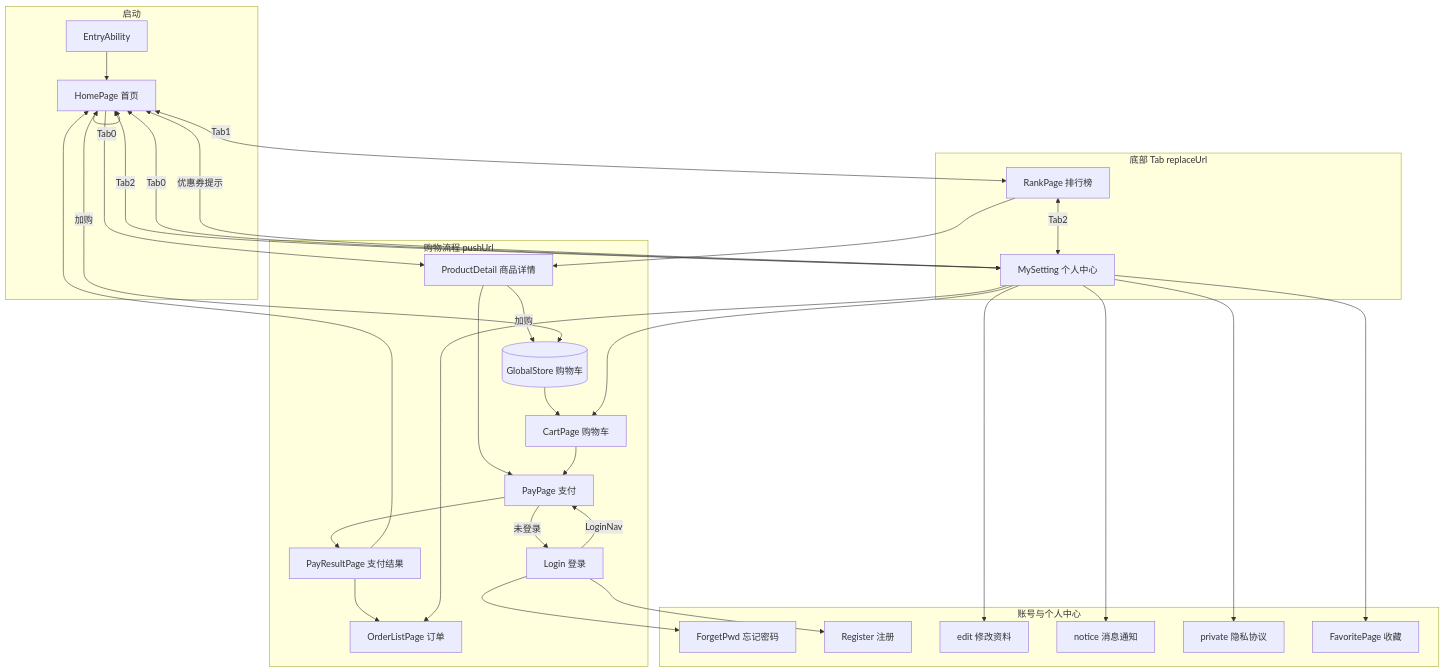
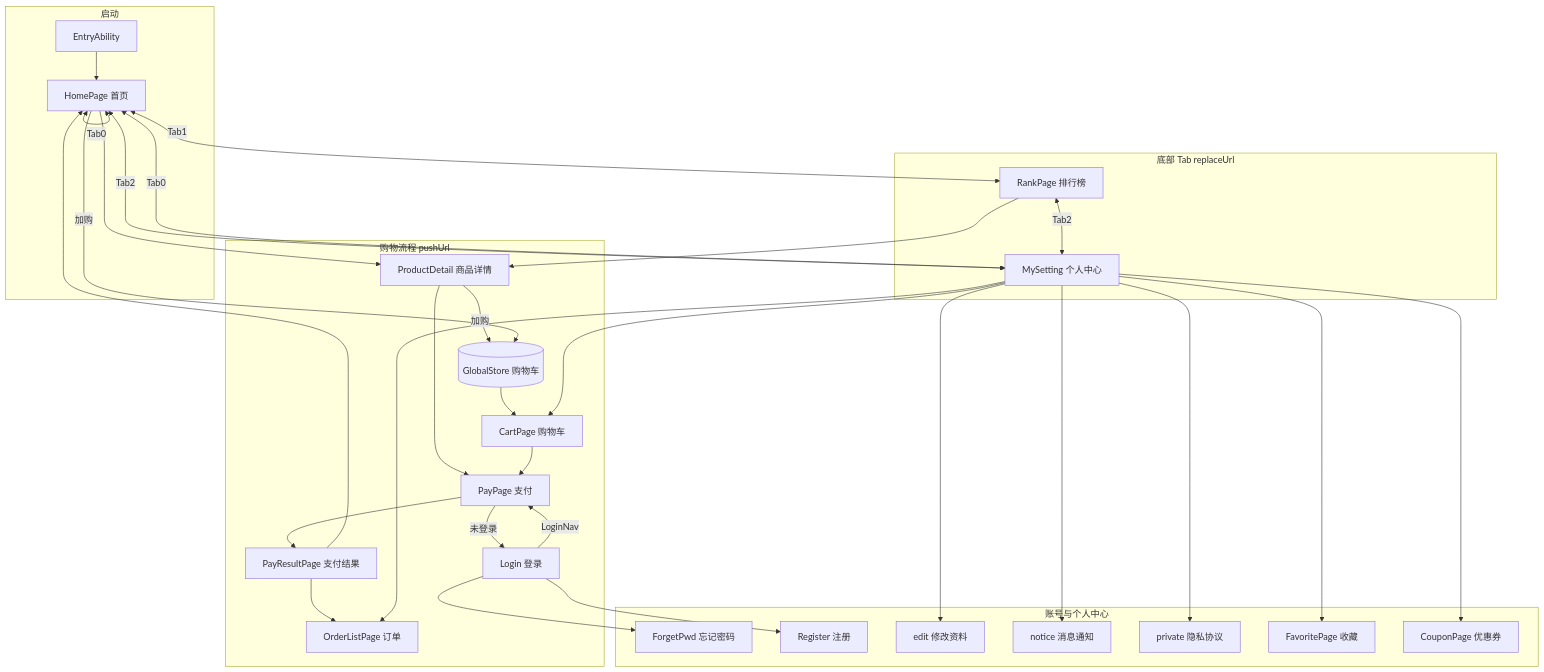
One commit to BuSu-twl/arkts-app changed the first of 9 diagrams in docs/PROJECT.md. Above: the diagram before and after it, drawn with Mermaid. The commit also changed other lines of this file and 1 other file, not shown here.

````diff
--- a/docs/PROJECT.md
+++ b/docs/PROJECT.md
@@ -31,41 +31,41 @@
 ```mermaid
 flowchart TB
   subgraph entry [启动]
     A[EntryAbility] --> H[HomePage 首页]
   end
 
   subgraph tabs [底部 Tab replaceUrl]
     H <-->|Tab0| H
     H <-->|Tab1| R[RankPage 排行榜]
     H <-->|Tab2| M[MySetting 个人中心]
     R <-->|Tab2| M
     M <-->|Tab0| H
   end
 
   subgraph shop [购物流程 pushUrl]
     H --> D[ProductDetail 商品详情]
     R --> D
     D --> P[PayPage 支付]
     D -->|加购| GS[(GlobalStore 购物车)]
     H -->|加购| GS
     GS --> C[CartPage 购物车]
     C --> P
     P -->|未登录| L[Login 登录]
     L -->|LoginNav| P
     P --> PR[PayResultPage 支付结果]
     PR --> O[OrderListPage 订单]
     PR --> H
   end
 
   subgraph user [账号与个人中心]
     L --> FP[ForgetPwd 忘记密码]
     L --> RG[Register 注册]
     M --> E[edit 修改资料]
     M --> N[notice 消息通知]
     M --> PV[private 隐私协议]
     M --> O
     M --> C
     M --> F[FavoritePage 收藏]
-    M -->|优惠券提示| H
+    M --> CP2[CouponPage 优惠券]
   end
 ```
````
